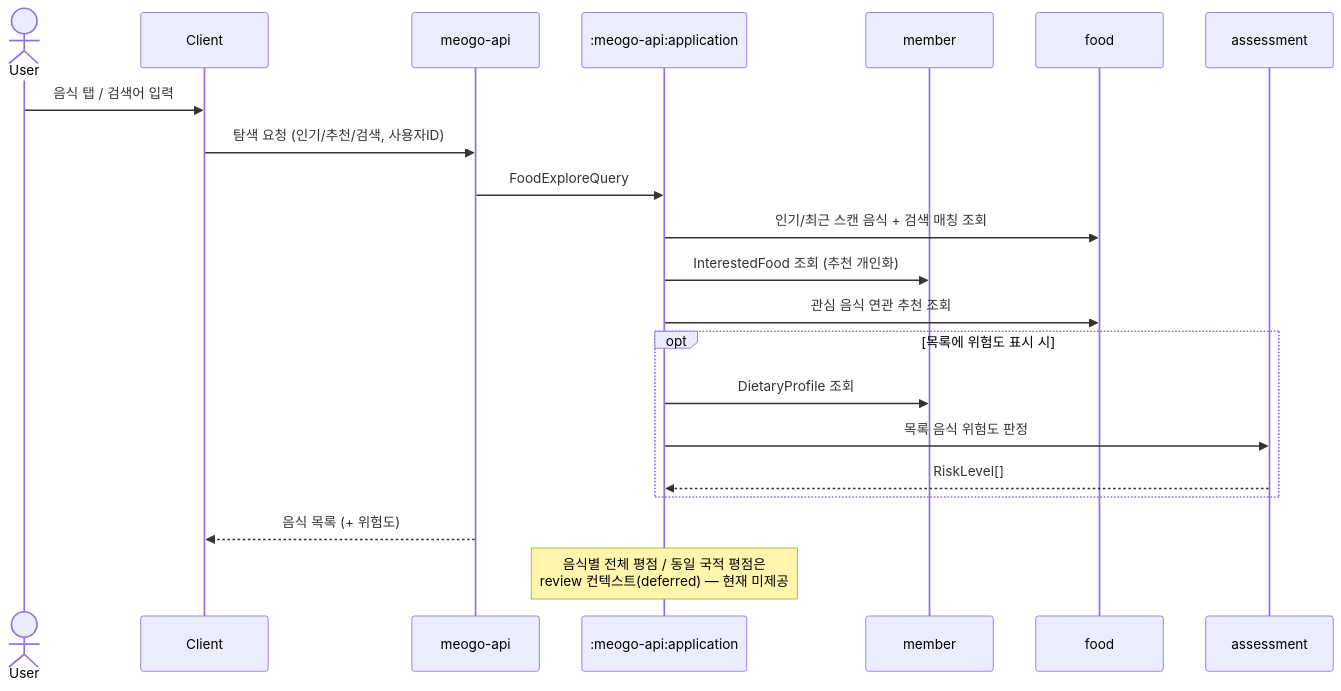
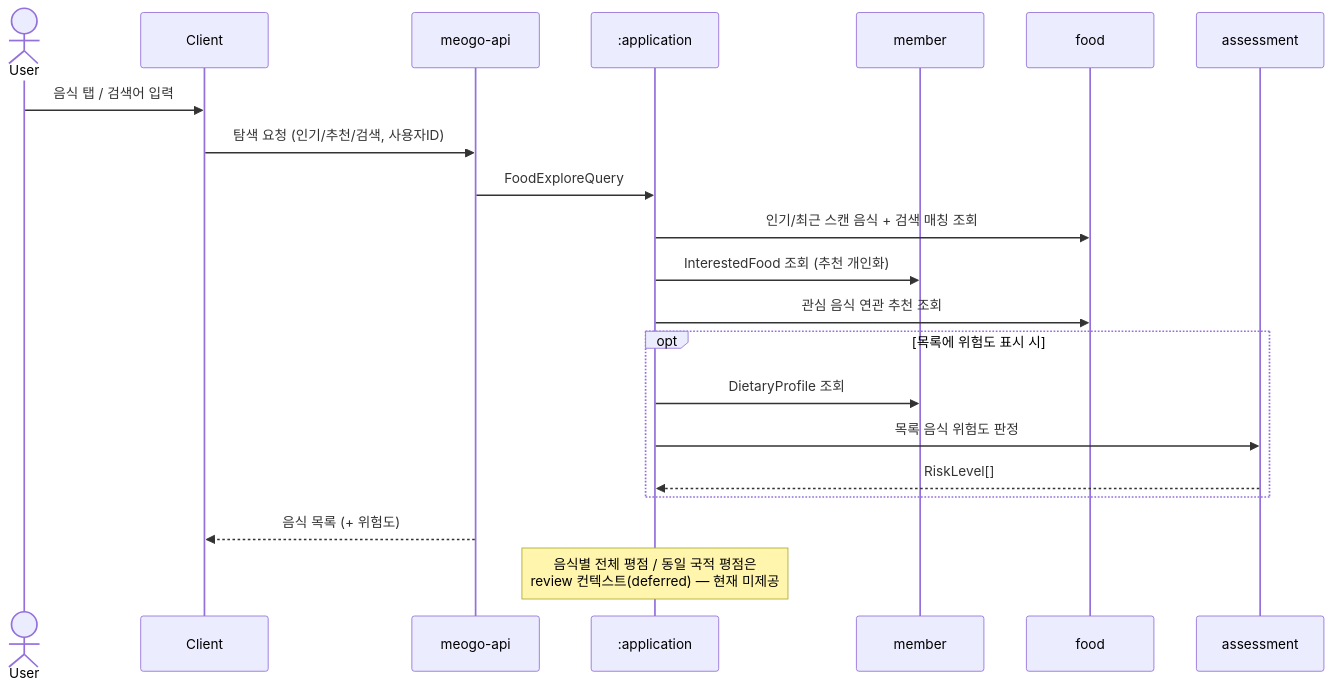
The third of 7 diagrams in docs/architecture/use-case-flows.md (team-skyjs/kbap-server), drawn with Mermaid before and after one commit. The commit also changed other lines of this file and 9 other files, not shown here.

````diff
--- a/docs/architecture/use-case-flows.md
+++ b/docs/architecture/use-case-flows.md
@@ -123,25 +123,25 @@
 ```mermaid
 sequenceDiagram
     actor User
     participant Client
     participant API as meogo-api
-    participant App as :meogo-api:application
+    participant App as :application
     participant Member as member
     participant Food as food
     participant Assess as assessment
 
     User->>Client: 음식 탭 / 검색어 입력
     Client->>API: 탐색 요청 (인기/추천/검색, 사용자ID)
     API->>App: FoodExploreQuery
 
     App->>Food: 인기/최근 스캔 음식 + 검색 매칭 조회
     App->>Member: InterestedFood 조회 (추천 개인화)
     App->>Food: 관심 음식 연관 추천 조회
     opt 목록에 위험도 표시 시
         App->>Member: DietaryProfile 조회
         App->>Assess: 목록 음식 위험도 판정
         Assess-->>App: RiskLevel[]
     end
     API-->>Client: 음식 목록 (+ 위험도)
     Note over App: 음식별 전체 평점 / 동일 국적 평점은<br/>review 컨텍스트(deferred) — 현재 미제공
 ```
````
